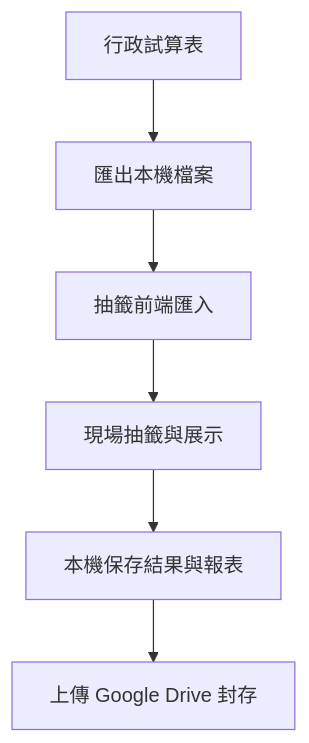
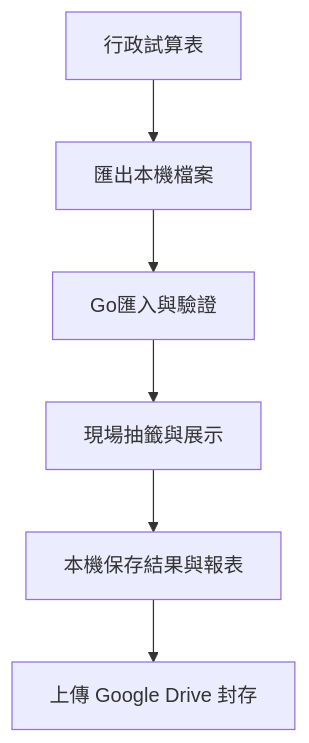
The diagram in doc/architecture/overview.md (Minazuki/parking), drawn with Mermaid before and after one commit. The commit also changed other lines of this file and 91 other files, not shown here.

````diff
--- a/doc/architecture/overview.md
+++ b/doc/architecture/overview.md
@@ -13,10 +13,10 @@
 ```mermaid
 flowchart TD
     p0["行政試算表"]
     p1["匯出本機檔案"]
-    p2["抽籤前端匯入"]
+    p2["Go匯入與驗證"]
     p3["現場抽籤與展示"]
     p4["本機保存結果與報表"]
     p5["上傳 Google Drive 封存"]
     p0 --> p1 --> p2 --> p3 --> p4 --> p5
 ```
````
